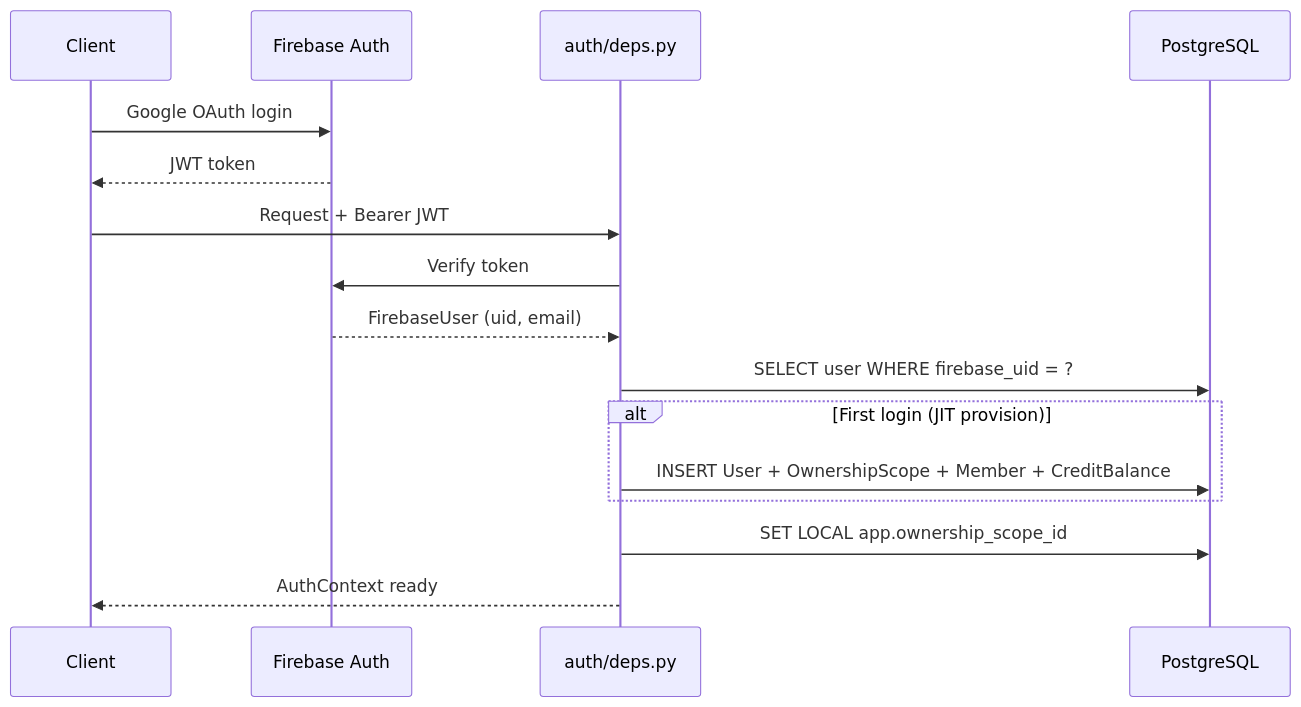
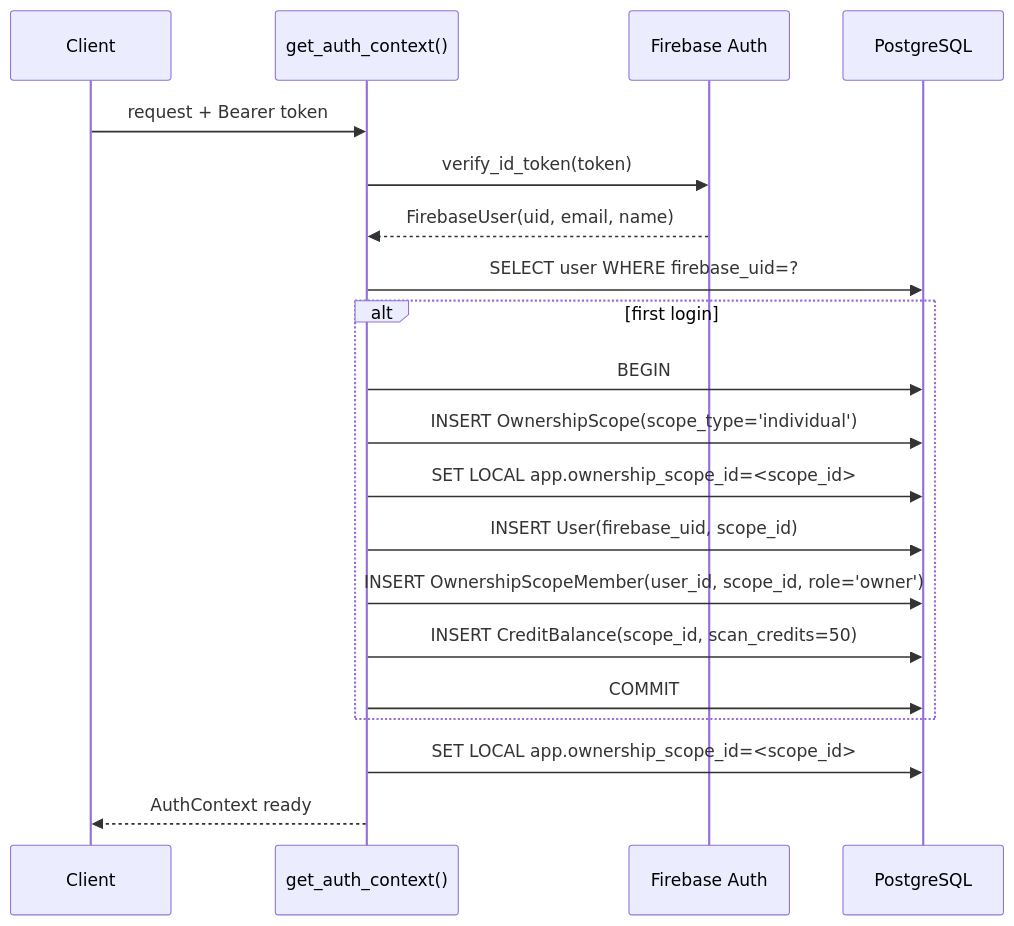
Before and after one commit to Brownbull/gastify: the third of 3 diagrams in docs/wells/3-identity-ownership.md, drawn with Mermaid. The commit also changed other lines of this file and 14 other files, not shown here.

First line of the commit message:
docs(kdbp): architecture map + STATUS + wells deep-dives

````diff
--- a/docs/wells/3-identity-ownership.md
+++ b/docs/wells/3-identity-ownership.md
@@ -74,19 +175,23 @@
 ```mermaid
 sequenceDiagram
   participant Client
+  participant Deps as get_auth_context()
   participant Firebase as Firebase Auth
-  participant Deps as auth/deps.py
   participant DB as PostgreSQL
 
-  Client->>Firebase: Google OAuth login
-  Firebase-->>Client: JWT token
-  Client->>Deps: Request + Bearer JWT
-  Deps->>Firebase: Verify token
-  Firebase-->>Deps: FirebaseUser (uid, email)
-  Deps->>DB: SELECT user WHERE firebase_uid = ?
-  alt First login (JIT provision)
-    Deps->>DB: INSERT User + OwnershipScope + Member + CreditBalance
+  Client->>Deps: request + Bearer token
+  Deps->>Firebase: verify_id_token(token)
+  Firebase-->>Deps: FirebaseUser(uid, email, name)
+  Deps->>DB: SELECT user WHERE firebase_uid=?
+  alt first login
+    Deps->>DB: BEGIN
+    Deps->>DB: INSERT OwnershipScope(scope_type='individual')
+    Deps->>DB: SET LOCAL app.ownership_scope_id=<scope_id>
+    Deps->>DB: INSERT User(firebase_uid, scope_id)
+    Deps->>DB: INSERT OwnershipScopeMember(user_id, scope_id, role='owner')
+    Deps->>DB: INSERT CreditBalance(scope_id, scan_credits=50)
+    Deps->>DB: COMMIT
   end
-  Deps->>DB: SET LOCAL app.ownership_scope_id
+  Deps->>DB: SET LOCAL app.ownership_scope_id=<scope_id>
   Deps-->>Client: AuthContext ready
 ```
````
